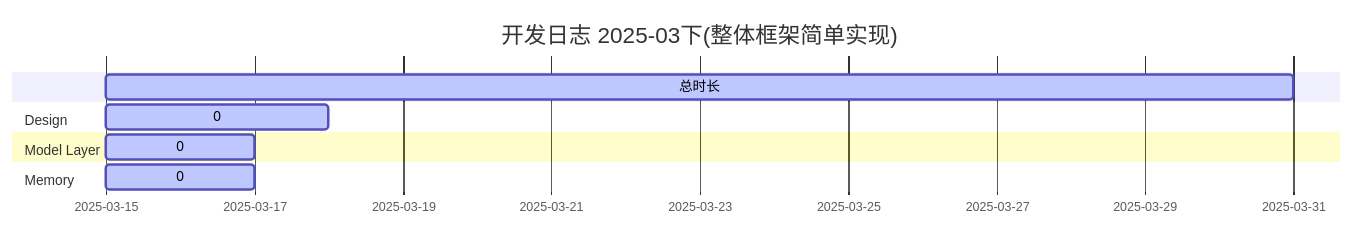
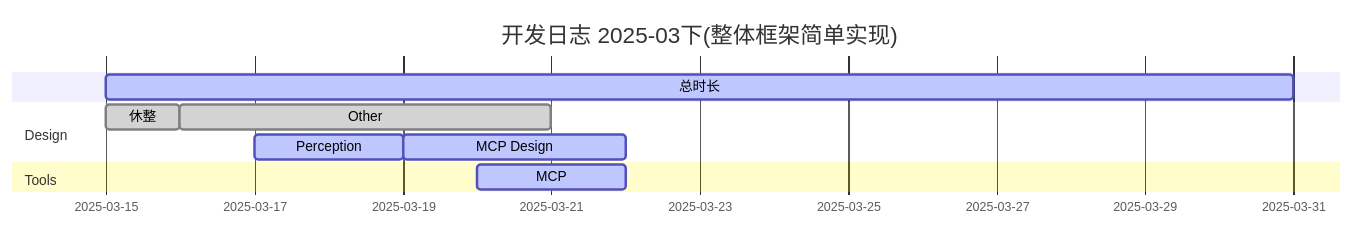
Before and after one commit to SleeeepyZhou/AIdot: the second of 2 diagrams in addons/AIdot/.Asset/Develop_log.md, drawn with Mermaid. The commit also changed other lines of this file and 6 other files, not shown here.

````diff
--- a/addons/AIdot/.Asset/Develop_log.md
+++ b/addons/AIdot/.Asset/Develop_log.md
@@ -41,20 +46,22 @@
 ```mermaid
 ---
 displayMode: compact
 ---
 gantt
 	title 开发日志 2025-03下(整体框架简单实现)
 	dateFormat  YYYY-MM-DD
 	总时长 :active, 2025-03-15, 16d
 	section Design
-		0 :active, 2025-03-15, 3d
+		休整 :done, 2025-03-15, 1d
+		Other :done, 2025-03-16, 5d
+		Perception :active, 2025-03-17, 2d
+		MCP Design :active, 2025-03-19, 3d
 	section Model Layer
-		0 :active, 2025-03-15, 2d
 	section Agent
 	section Memory
-		0 :active, 2025-03-15, 2d
 	section Action
 	section Perception
 	section Planning
 	section Tools
+		MCP :active, 2025-03-20, 2d
 ```
````
